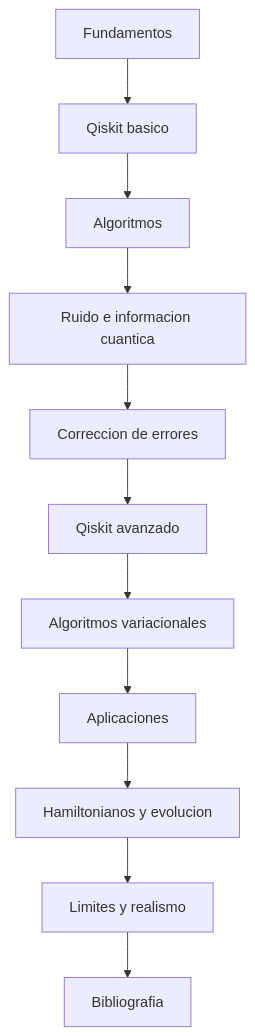
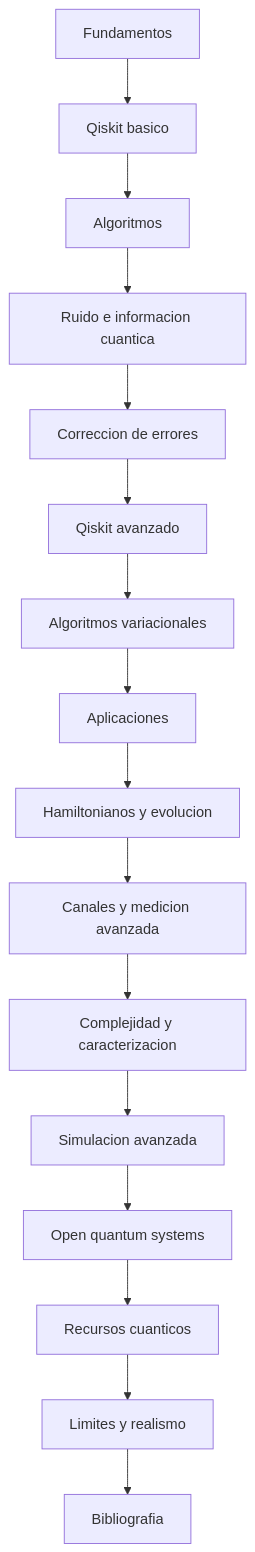
The diagram in Tutorial/indice_general.md (LegalIntermediaSL/ComputacionCuantica), drawn with Mermaid before and after one commit. The commit also changed other lines of this file and 23 other files, not shown here.

````diff
--- a/Tutorial/indice_general.md
+++ b/Tutorial/indice_general.md
@@ -7,13 +7,18 @@
 ```mermaid
 flowchart TD
     A["Fundamentos"] --> B["Qiskit basico"]
     B --> C["Algoritmos"]
     C --> D["Ruido e informacion cuantica"]
     D --> E["Correccion de errores"]
     E --> F["Qiskit avanzado"]
     F --> G["Algoritmos variacionales"]
     G --> H["Aplicaciones"]
     H --> I["Hamiltonianos y evolucion"]
-    I --> J["Limites y realismo"]
-    J --> K["Bibliografia"]
+    I --> J["Canales y medicion avanzada"]
+    J --> K["Complejidad y caracterizacion"]
+    K --> L["Simulacion avanzada"]
+    L --> M["Open quantum systems"]
+    M --> N["Recursos cuanticos"]
+    N --> O["Limites y realismo"]
+    O --> P["Bibliografia"]
 ```
````
